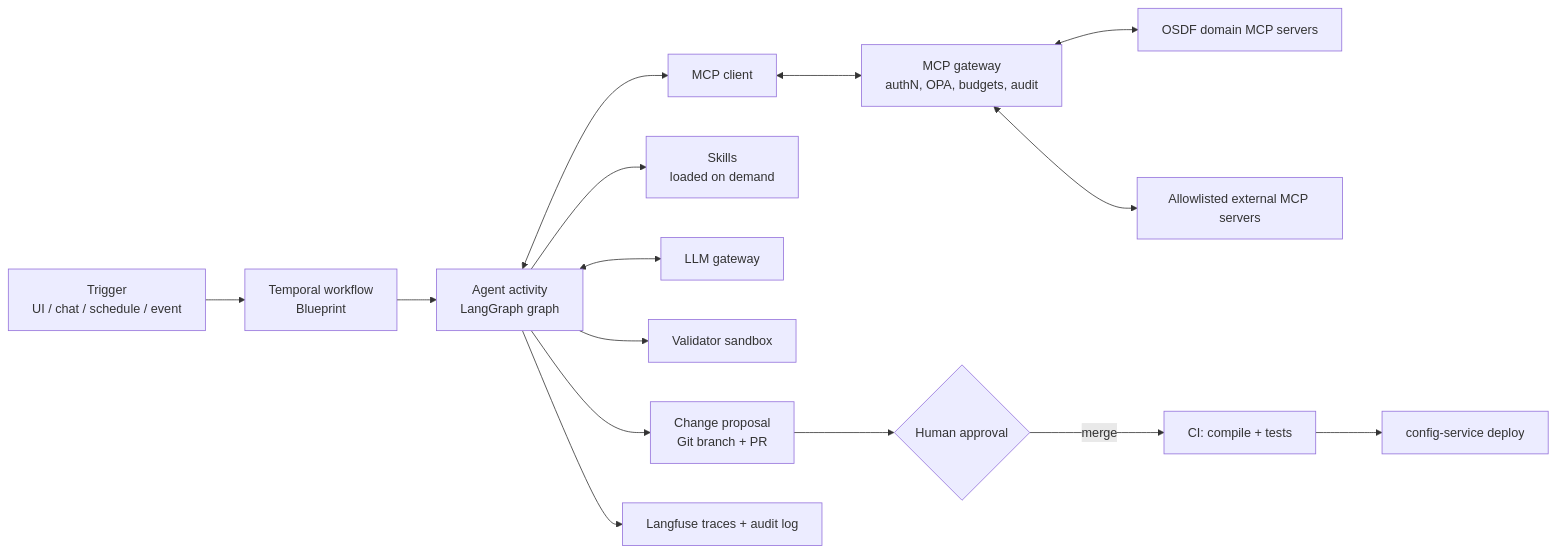
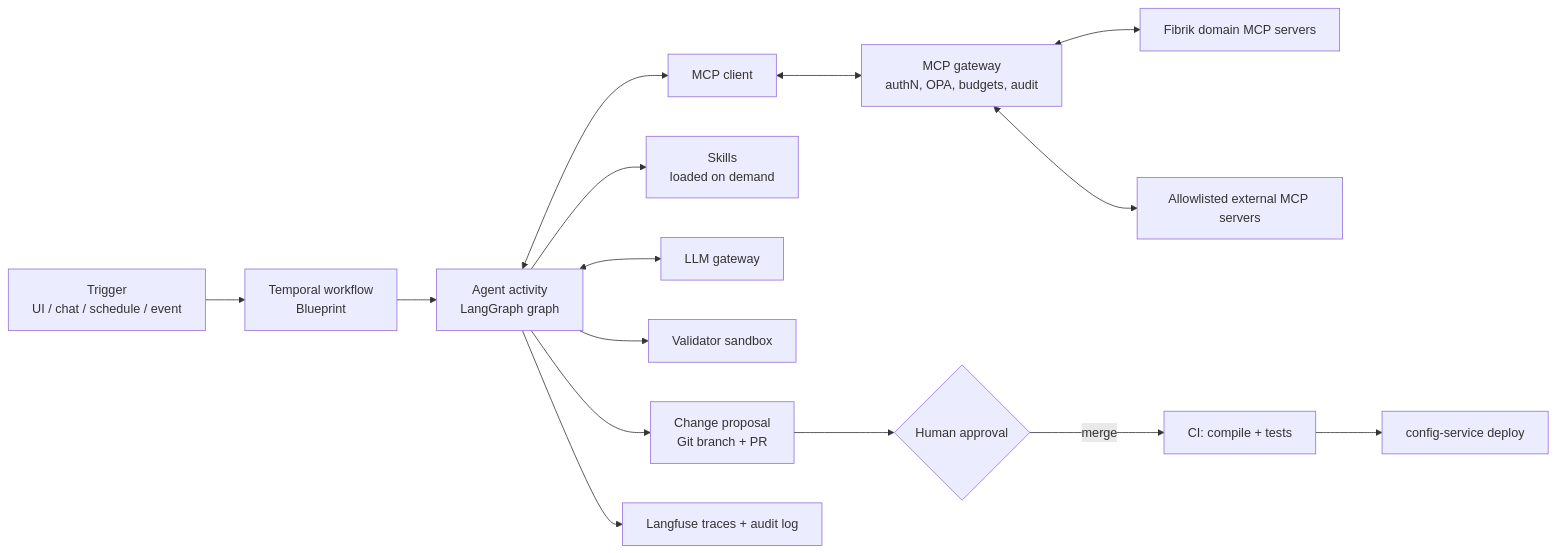
Before and after one commit to SClinton/fibrik: the sixth of 7 diagrams in architecture.md, drawn with Mermaid. The commit also changed other lines of this file and 9 other files, not shown here.

First line of the commit message:
Rename project from OSDF to Fibrik

````diff
--- a/architecture.md
+++ b/architecture.md
@@ -517,16 +517,16 @@
 ```mermaid
 flowchart LR
   T[Trigger<br/>UI / chat / schedule / event] --> WF[Temporal workflow<br/>Blueprint]
   WF --> A[Agent activity<br/>LangGraph graph]
   A <--> TOOLS[MCP client]
   A --> SK[Skills<br/>loaded on demand]
   TOOLS <--> MGW[MCP gateway<br/>authN, OPA, budgets, audit]
-  MGW <--> MCP[OSDF domain MCP servers]
+  MGW <--> MCP[Fibrik domain MCP servers]
   MGW <--> EXT[Allowlisted external MCP servers]
   A <--> GW[LLM gateway]
   A --> VAL[Validator sandbox]
   A --> PROP[Change proposal<br/>Git branch + PR]
   PROP --> HUMAN{Human approval}
   HUMAN -- merge --> CICD[CI: compile + tests] --> DEPLOY[config-service deploy]
   A --> TRACE[Langfuse traces + audit log]
 ```
````
